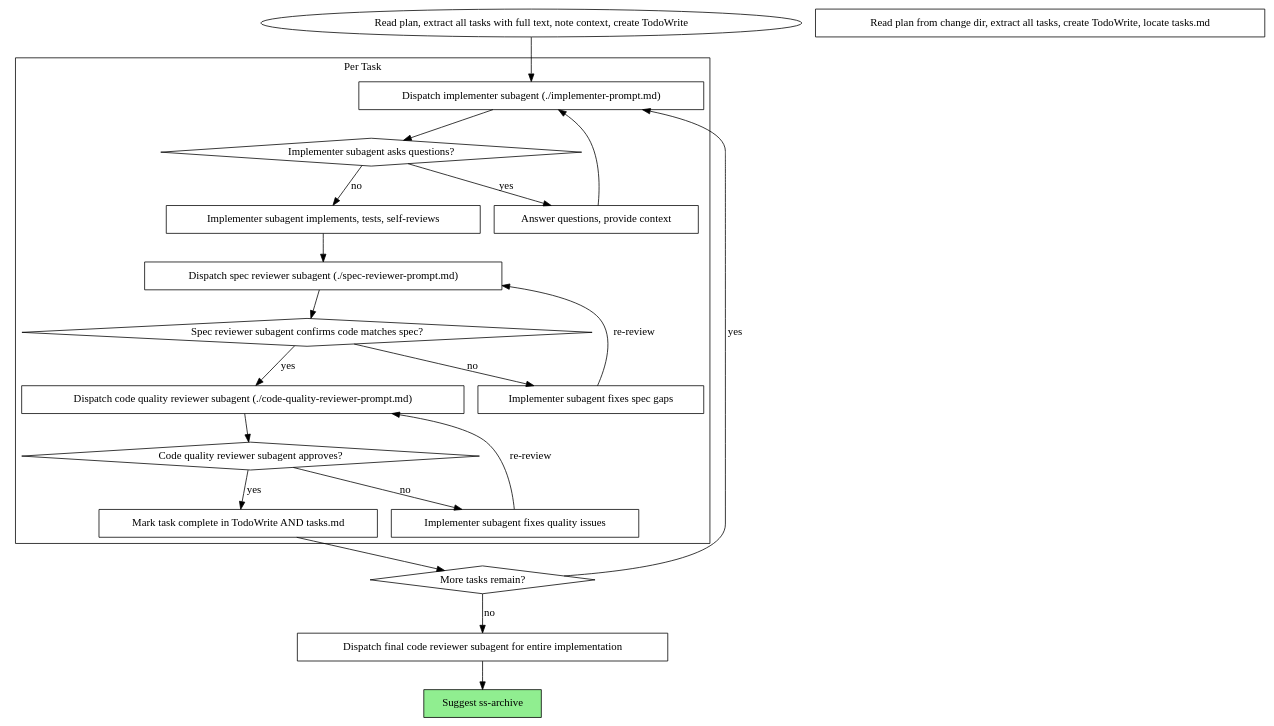
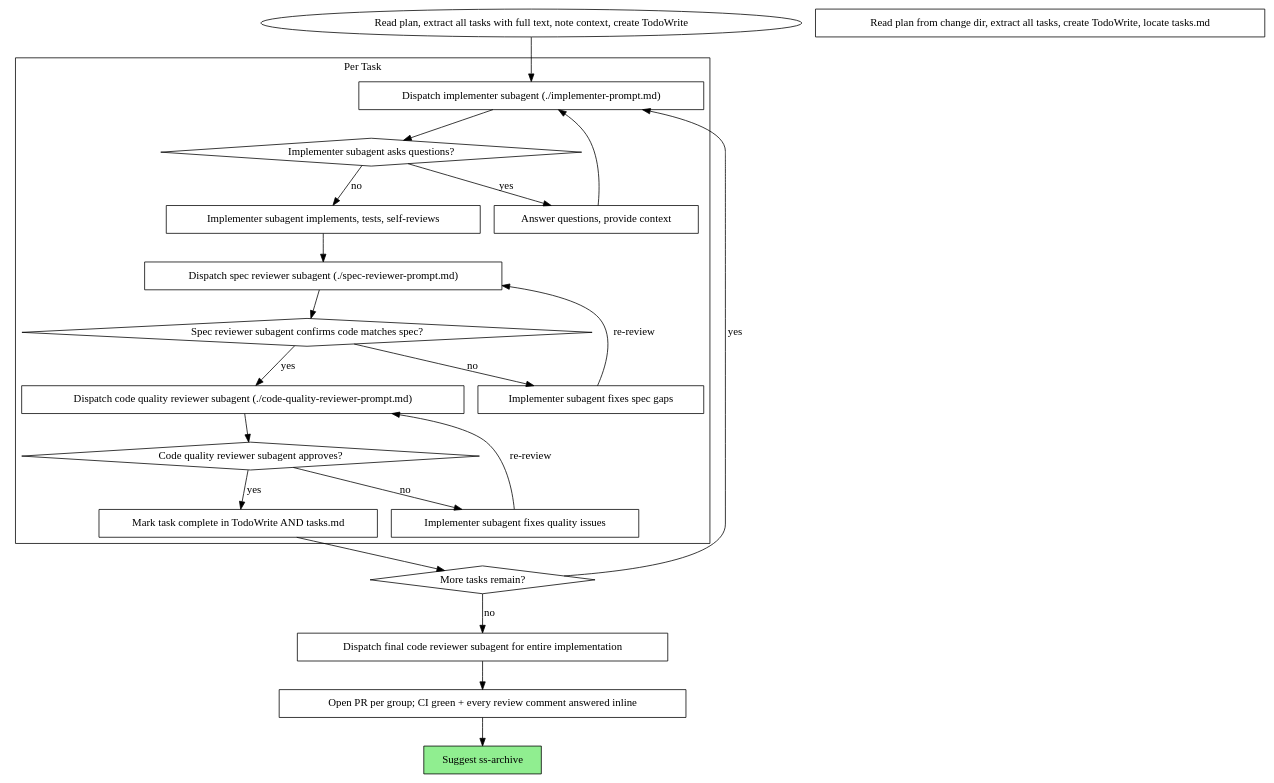
One commit to CoyoteLeo/superspec changed the second of 2 diagrams in skills/ss-subagent-driven-development/SKILL.md. Above: the diagram before and after it, drawn with Graphviz. The commit also changed other lines of this file and 4 other files, not shown here.

Commit message:
feat(skills): make worktree + stacked PRs the default flow, drop inline mode, own the post-PR loop

````diff
--- a/skills/ss-subagent-driven-development/SKILL.md
+++ b/skills/ss-subagent-driven-development/SKILL.md
@@ -46,44 +51,46 @@
 ```dot
 digraph process {
     rankdir=TB;
 
     subgraph cluster_per_task {
         label="Per Task";
         "Dispatch implementer subagent (./implementer-prompt.md)" [shape=box];
         "Implementer subagent asks questions?" [shape=diamond];
         "Answer questions, provide context" [shape=box];
         "Implementer subagent implements, tests, self-reviews" [shape=box];
         "Dispatch spec reviewer subagent (./spec-reviewer-prompt.md)" [shape=box];
         "Spec reviewer subagent confirms code matches spec?" [shape=diamond];
         "Implementer subagent fixes spec gaps" [shape=box];
         "Dispatch code quality reviewer subagent (./code-quality-reviewer-prompt.md)" [shape=box];
         "Code quality reviewer subagent approves?" [shape=diamond];
         "Implementer subagent fixes quality issues" [shape=box];
         "Mark task complete in TodoWrite AND tasks.md" [shape=box];
     }
 
     "Read plan from change dir, extract all tasks, create TodoWrite, locate tasks.md" [shape=box];
     "More tasks remain?" [shape=diamond];
     "Dispatch final code reviewer subagent for entire implementation" [shape=box];
+    "Open PR per group; CI green + every review comment answered inline" [shape=box];
     "Suggest ss-archive" [shape=box style=filled fillcolor=lightgreen];
 
     "Read plan, extract all tasks with full text, note context, create TodoWrite" -> "Dispatch implementer subagent (./implementer-prompt.md)";
     "Dispatch implementer subagent (./implementer-prompt.md)" -> "Implementer subagent asks questions?";
     "Implementer subagent asks questions?" -> "Answer questions, provide context" [label="yes"];
     "Answer questions, provide context" -> "Dispatch implementer subagent (./implementer-prompt.md)";
     "Implementer subagent asks questions?" -> "Implementer subagent implements, tests, self-reviews" [label="no"];
     "Implementer subagent implements, tests, self-reviews" -> "Dispatch spec reviewer subagent (./spec-reviewer-prompt.md)";
     "Dispatch spec reviewer subagent (./spec-reviewer-prompt.md)" -> "Spec reviewer subagent confirms code matches spec?";
     "Spec reviewer subagent confirms code matches spec?" -> "Implementer subagent fixes spec gaps" [label="no"];
     "Implementer subagent fixes spec gaps" -> "Dispatch spec reviewer subagent (./spec-reviewer-prompt.md)" [label="re-review"];
     "Spec reviewer subagent confirms code matches spec?" -> "Dispatch code quality reviewer subagent (./code-quality-reviewer-prompt.md)" [label="yes"];
     "Dispatch code quality reviewer subagent (./code-quality-reviewer-prompt.md)" -> "Code quality reviewer subagent approves?";
     "Code quality reviewer subagent approves?" -> "Implementer subagent fixes quality issues" [label="no"];
     "Implementer subagent fixes quality issues" -> "Dispatch code quality reviewer subagent (./code-quality-reviewer-prompt.md)" [label="re-review"];
     "Code quality reviewer subagent approves?" -> "Mark task complete in TodoWrite AND tasks.md" [label="yes"];
     "Mark task complete in TodoWrite AND tasks.md" -> "More tasks remain?";
     "More tasks remain?" -> "Dispatch implementer subagent (./implementer-prompt.md)" [label="yes"];
     "More tasks remain?" -> "Dispatch final code reviewer subagent for entire implementation" [label="no"];
-    "Dispatch final code reviewer subagent for entire implementation" -> "Suggest ss-archive";
+    "Dispatch final code reviewer subagent for entire implementation" -> "Open PR per group; CI green + every review comment answered inline";
+    "Open PR per group; CI green + every review comment answered inline" -> "Suggest ss-archive";
 }
 ```
````
